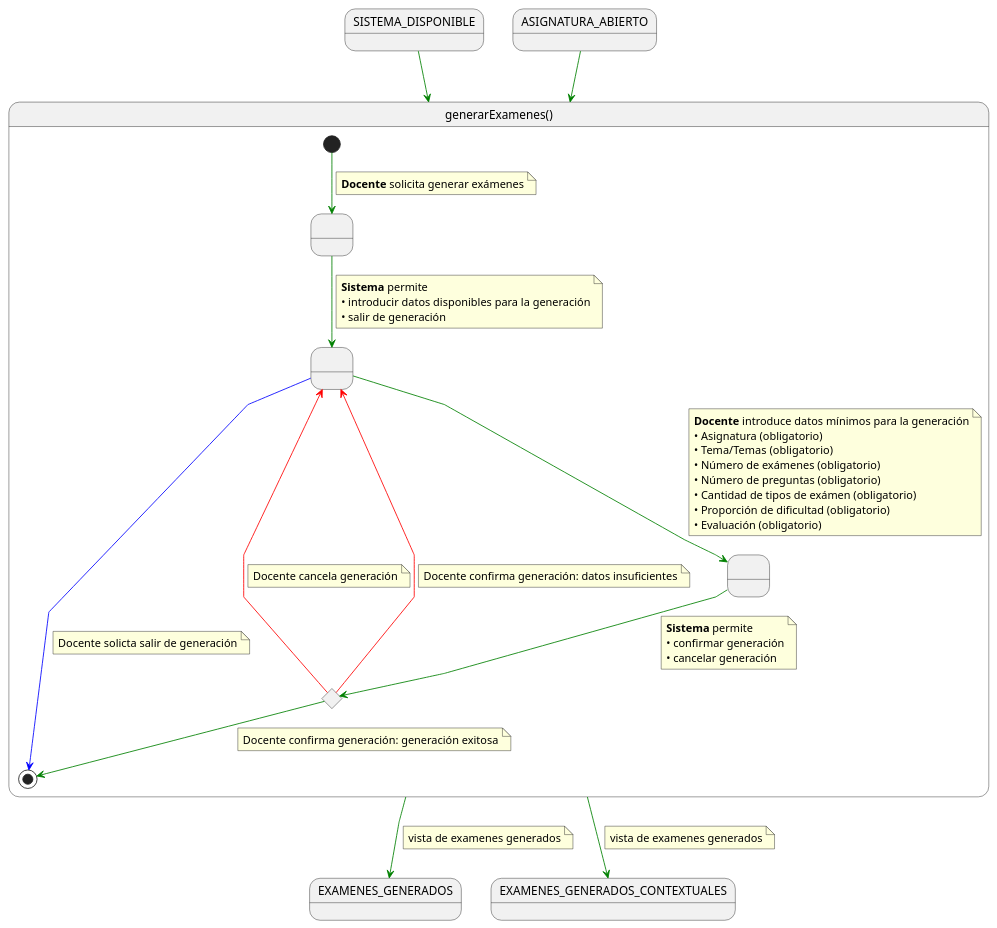
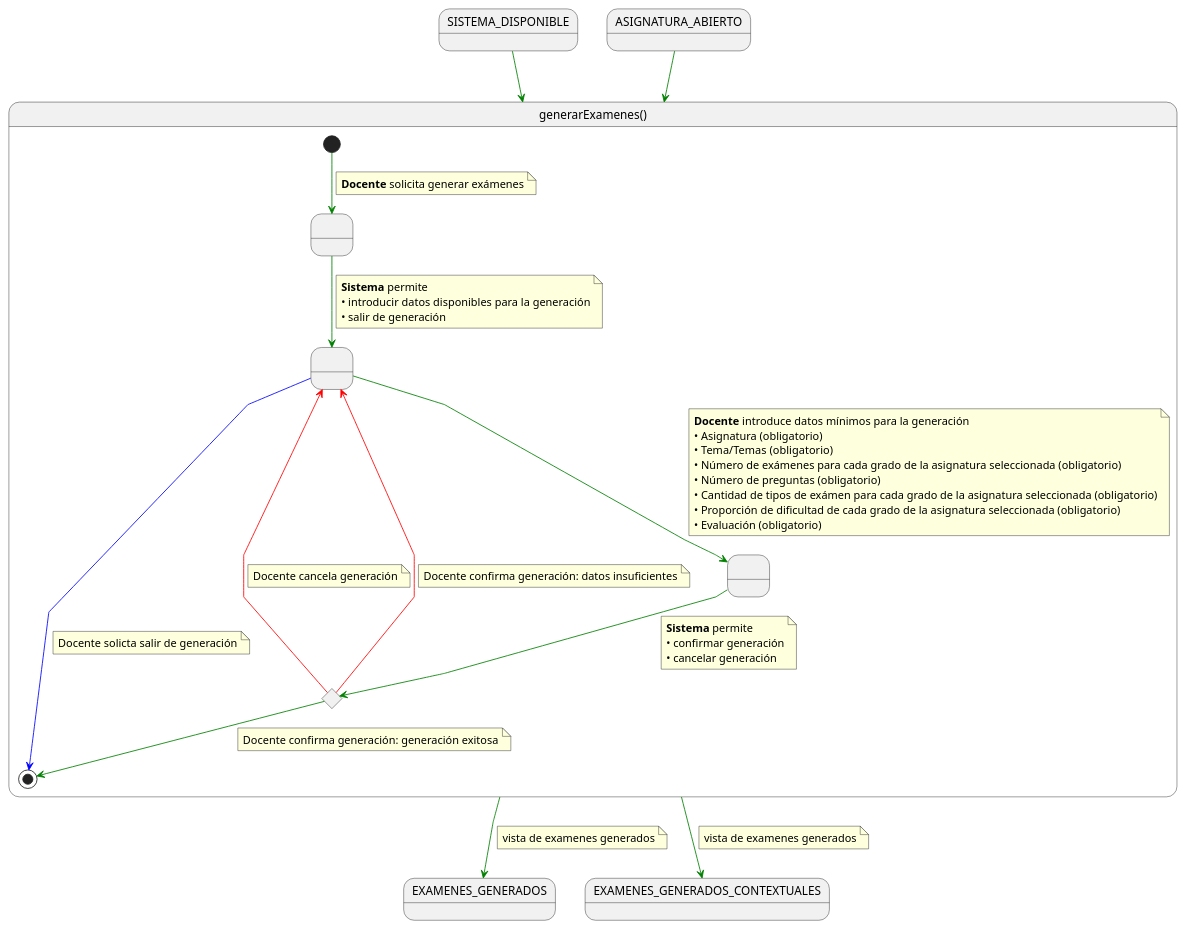
One commit to martinlopez7/25-26-IdSw1-SdR changed the diagram in documents/casos-de-uso/detalladoCasosDeUso/generarExamenes/generarExamenes.puml. Above: the diagram before and after it, drawn with PlantUML. The commit also changed 11 other files, not shown here.

```diff
--- a/documents/casos-de-uso/detalladoCasosDeUso/generarExamenes/generarExamenes.puml
+++ b/documents/casos-de-uso/detalladoCasosDeUso/generarExamenes/generarExamenes.puml
@@ -1,82 +1,82 @@
 @startuml generar
 
 skinparam linetype polyline
 
 state generarExamenes as "generarExamenes()" {
 
     state " " as RequiringGeneration
     state " " as ProvidingData
     state " " as ProvidingConfirmation
     state c <<choice>>
 
     [*] -[#green]-> RequiringGeneration 
     note on link
     <b>Docente</b> solicita generar exámenes
     end note    
     
     RequiringGeneration -[#green]-> ProvidingData
     note on link
     <b>Sistema</b> permite
     • introducir datos disponibles para la generación
     • salir de generación
     end note
     
     ProvidingData -[#green]-> ProvidingConfirmation
     note on link
     <b>Docente</b> introduce datos mínimos para la generación
     • Asignatura (obligatorio)
     • Tema/Temas (obligatorio)
-    • Número de exámenes (obligatorio)
+    • Número de exámenes para cada grado de la asignatura seleccionada (obligatorio)
     • Número de preguntas (obligatorio)
-    • Cantidad de tipos de exámen (obligatorio)
-    • Proporción de dificultad (obligatorio)
+    • Cantidad de tipos de exámen para cada grado de la asignatura seleccionada (obligatorio)
+    • Proporción de dificultad de cada grado de la asignatura seleccionada (obligatorio)
     • Evaluación (obligatorio)
     end note
     
     ProvidingConfirmation -[#green]-> c
     note on link
     <b>Sistema</b> permite
     • confirmar generación
     • cancelar generación
     end note
     
     c -[#red]-> ProvidingData
     note on link
     Docente cancela generación
     end note
 
     c -[#red]-> ProvidingData
     note on link
     Docente confirma generación: datos insuficientes
     end note
 
     c -[#green]-> [*]
     note on link
     Docente confirma generación: generación exitosa
     end note
     
     ProvidingData -[#blue]-> [*]
     note on link
     Docente solicta salir de generación
     end note
 }
 
 state EXAMENES_GENERADOS
 state EXAMENES_GENERADOS_CONTEXTUALES
 
 SISTEMA_DISPONIBLE -[#green]-> generarExamenes
 
 generarExamenes -[#green]-> EXAMENES_GENERADOS
 note on link
 vista de examenes generados
 end note
 
 generarExamenes -[#green]-> EXAMENES_GENERADOS_CONTEXTUALES
 note on link
 vista de examenes generados
 end note
 
 ASIGNATURA_ABIERTO -[#green]-> generarExamenes
 
 
 @enduml
```
